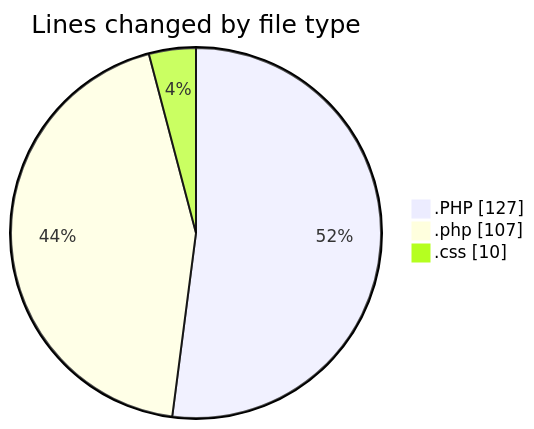
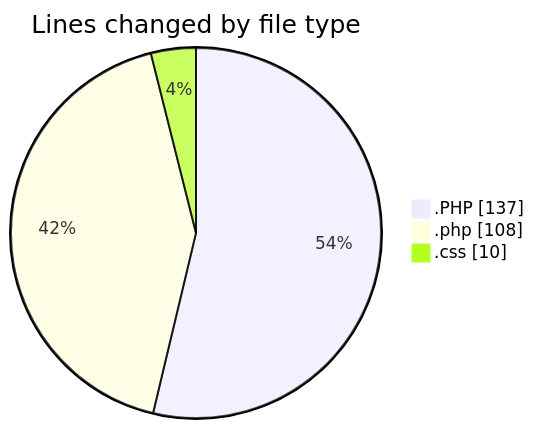
One commit to LanceThiago/code-tracking changed the first of 2 diagrams in 2025-05-15/jogo/README.md. Above: the diagram before and after it, drawn with Mermaid. The commit also changed other lines of this file and 1 other file, not shown here.

````diff
--- a/2025-05-15/jogo/README.md
+++ b/2025-05-15/jogo/README.md
@@ -22,7 +22,7 @@
 ```mermaid
 pie showData
 title Lines changed by file type
-".PHP" : 127
-".php" : 107
+".PHP" : 137
+".php" : 108
 ".css" : 10
 ```
````
